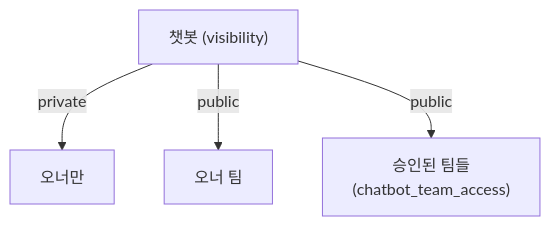
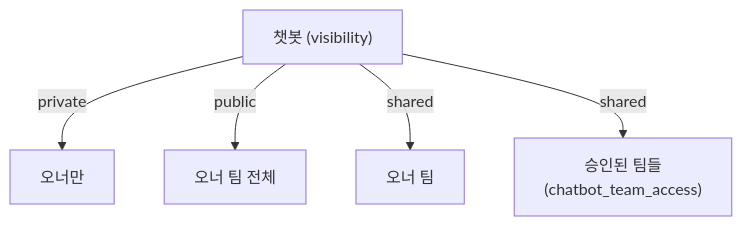
One commit to SinokorOfficial/chatbot-docs changed the first of 2 diagrams in docs/chatbot_sharing.md. Above: the diagram before and after it, drawn with Mermaid. The commit also changed other lines of this file and 21 other files, not shown here.

````diff
--- a/docs/chatbot_sharing.md
+++ b/docs/chatbot_sharing.md
@@ -25,7 +28,8 @@
 ```mermaid
 flowchart TB
  CB["챗봇 (visibility)"]
  CB -->|private| O[오너만]
- CB -->|public| BASE[오너 팀]
- CB -->|public| GRANTED["승인된 팀들<br/>(chatbot_team_access)"]
+ CB -->|public| PUB[오너 팀 전체]
+ CB -->|shared| BASE[오너 팀]
+ CB -->|shared| GRANTED["승인된 팀들<br/>(chatbot_team_access)"]
 ```
````
